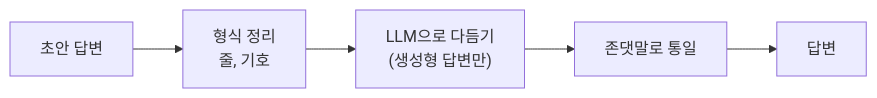
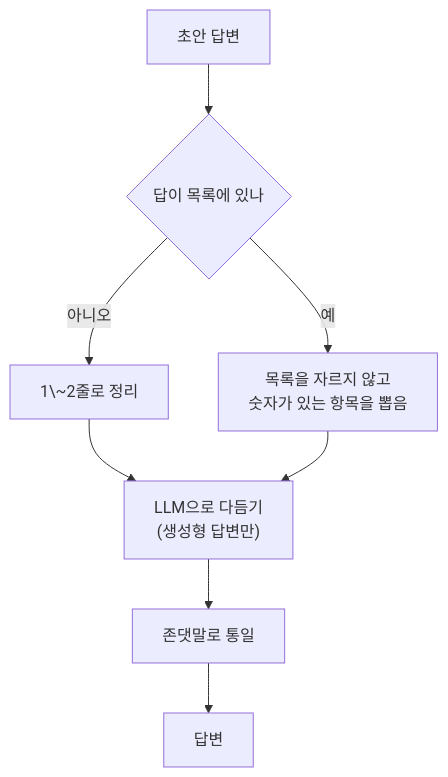
The fourth of 4 diagrams in docs/05_질의처리.md (adover134/hierarchical-md-rag), drawn with Mermaid before and after one commit. The commit also changed other lines of this file and 4 other files, not shown here.

````diff
--- a/docs/05_질의처리.md
+++ b/docs/05_질의처리.md
@@ -88,7 +88,10 @@
 ```mermaid
-flowchart LR
-    A["초안 답변"] --> B["형식 정리<br/>줄, 기호"]
-    B --> C["LLM으로 다듬기<br/>(생성형 답변만)"]
-    C --> D["존댓말로 통일"]
-    D --> E["답변"]
+flowchart TD
+    A["초안 답변"] --> B{"답이 목록에 있나"}
+    B -->|"아니오"| S["1\~2줄로 정리"]
+    B -->|"예"| L["목록을 자르지 않고<br/>숫자가 있는 항목을 뽑음"]
+    S --> C["LLM으로 다듬기<br/>(생성형 답변만)"]
+    L --> C
+    C --> E["존댓말로 통일"]
+    E --> F["답변"]
 ```
````
